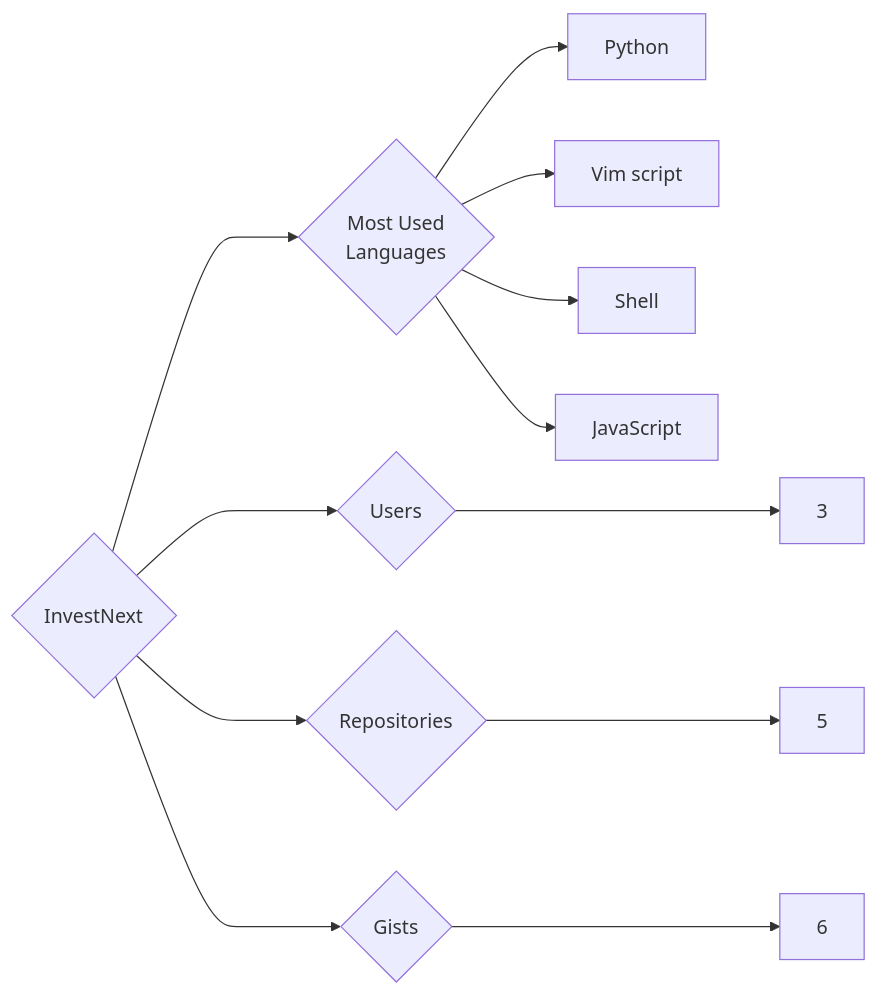
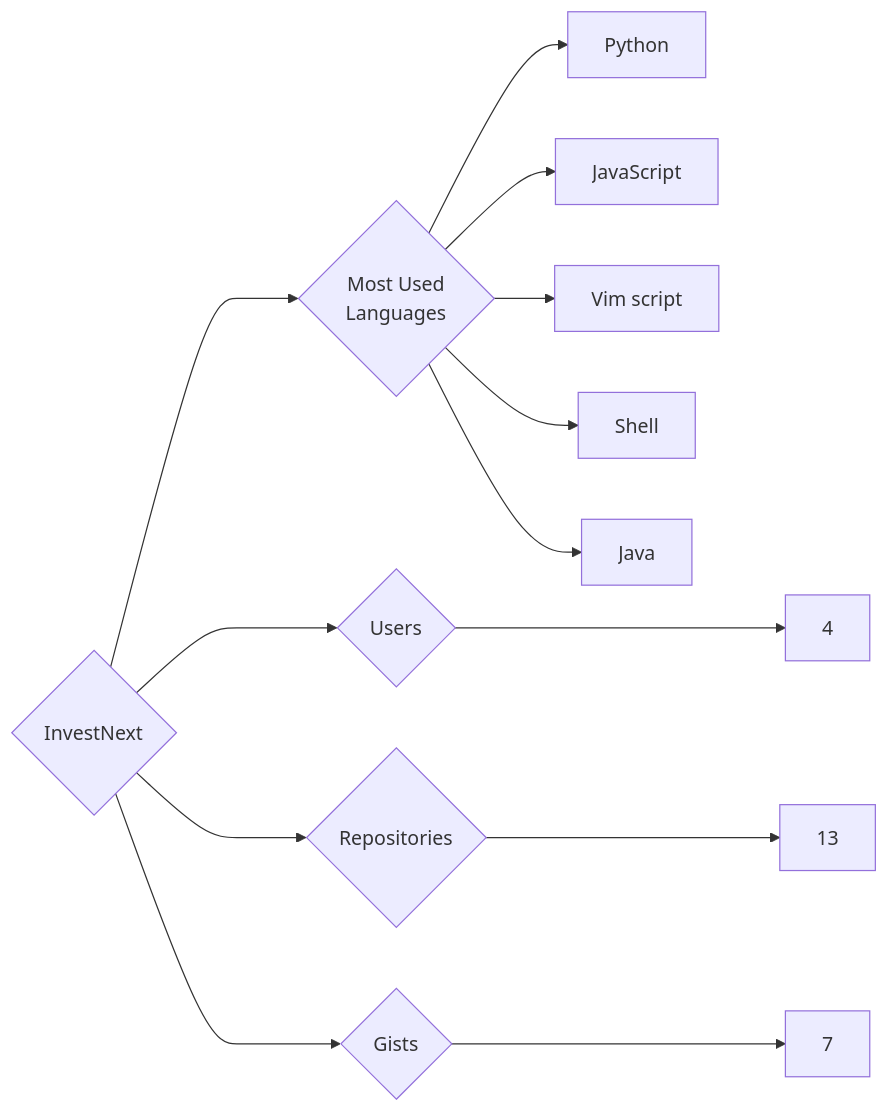
Before and after one commit to trickest/insiders: the diagram in targets/InvestNext/README.md, drawn with Mermaid. The commit also changed 900 other files, not shown here.

````diff
--- a/targets/InvestNext/README.md
+++ b/targets/InvestNext/README.md
@@ -3,12 +3,13 @@
 ```mermaid
 graph LR
 COMPANY_NAME{InvestNext}
-COMPANY_NAME ---> U{Users} ---> UN[3]
-COMPANY_NAME ---> R{Repositories} ---> RN[5]
-COMPANY_NAME ---> G{Gists} ---> GN[6]
+COMPANY_NAME ---> U{Users} ---> UN[4]
+COMPANY_NAME ---> R{Repositories} ---> RN[13]
+COMPANY_NAME ---> G{Gists} ---> GN[7]
 COMPANY_NAME ---> ML{Most Used<br>Languages}
 ML --> Python[Python]
+ML --> JavaScript[JavaScript]
 ML --> Vim_script[Vim script]
 ML --> Shell[Shell]
-ML --> JavaScript[JavaScript]
+ML --> Java[Java]
 ```
````
